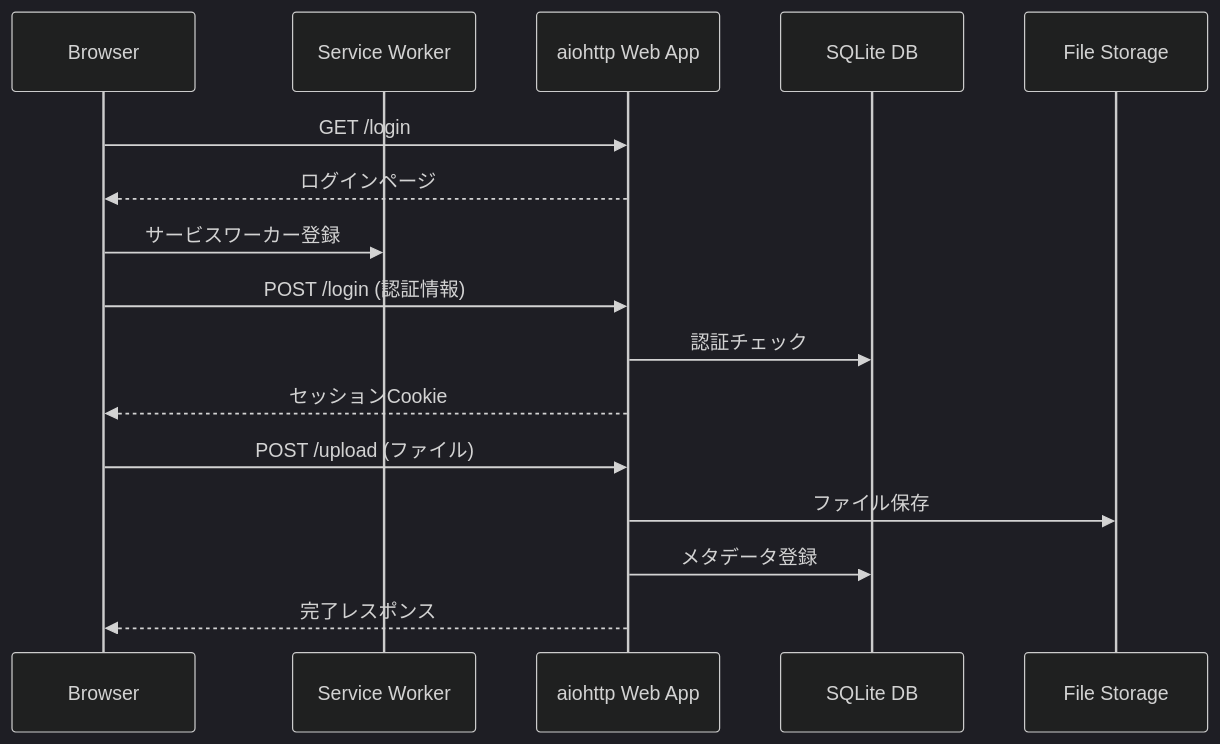
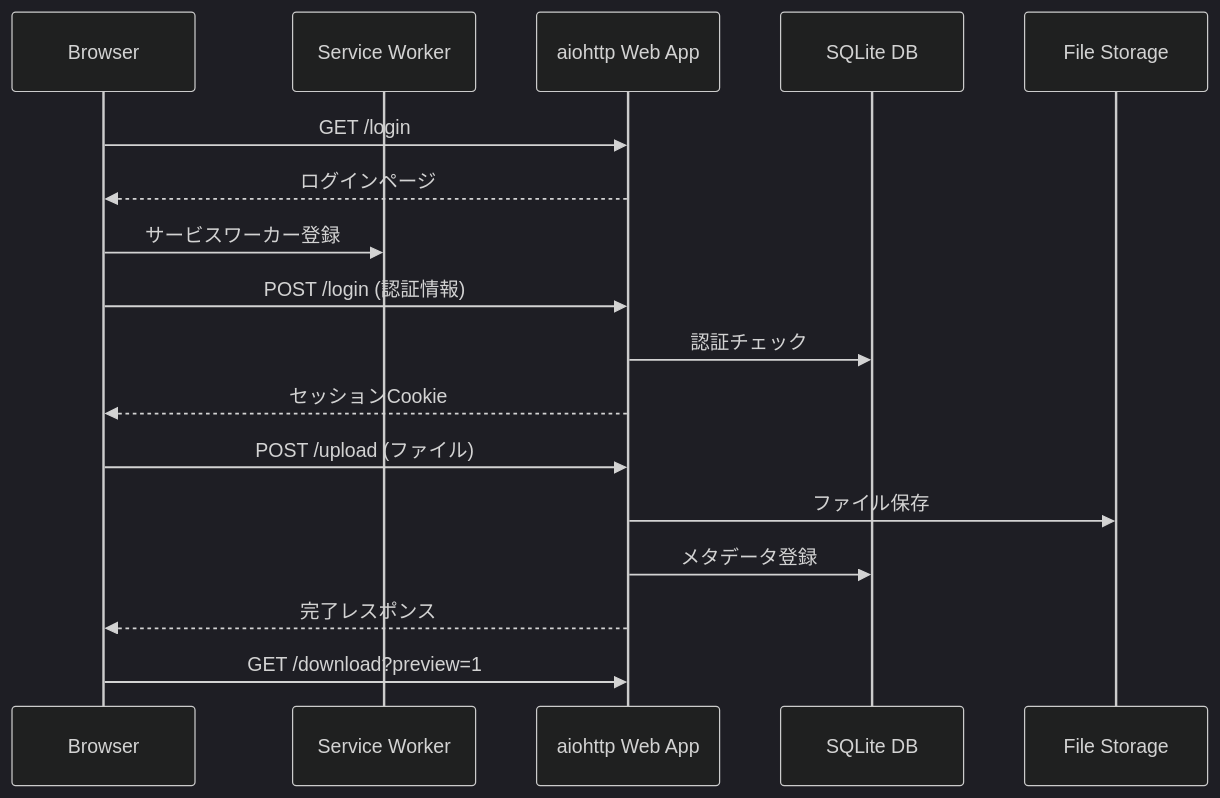
One commit to 5h1gerun/web_discord_server changed the diagram in docs/sequence_web.mmd. Above: the diagram before and after it, drawn with Mermaid. The commit also changed 7 other files, not shown here.

```diff
--- a/docs/sequence_web.mmd
+++ b/docs/sequence_web.mmd
@@ -1,19 +1,20 @@
 %%{init: {'theme': 'dark'}}%%
 %% Web サーバ上のシーケンス図
 sequenceDiagram
     participant Browser as Browser
     participant SW as Service Worker
     participant Web as aiohttp Web App
     participant DB as SQLite DB
     participant Files as File Storage
 
     Browser->>Web: GET /login
     Web-->>Browser: ログインページ
     Browser->>SW: サービスワーカー登録
     Browser->>Web: POST /login (認証情報)
     Web->>DB: 認証チェック
     Web-->>Browser: セッションCookie
     Browser->>Web: POST /upload (ファイル)
     Web->>Files: ファイル保存
     Web->>DB: メタデータ登録
     Web-->>Browser: 完了レスポンス
+    Browser->>Web: GET /download?preview=1
```
